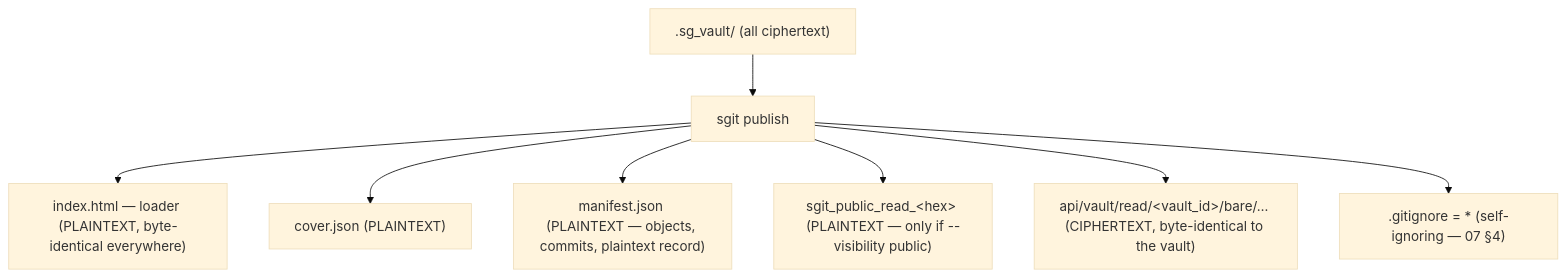
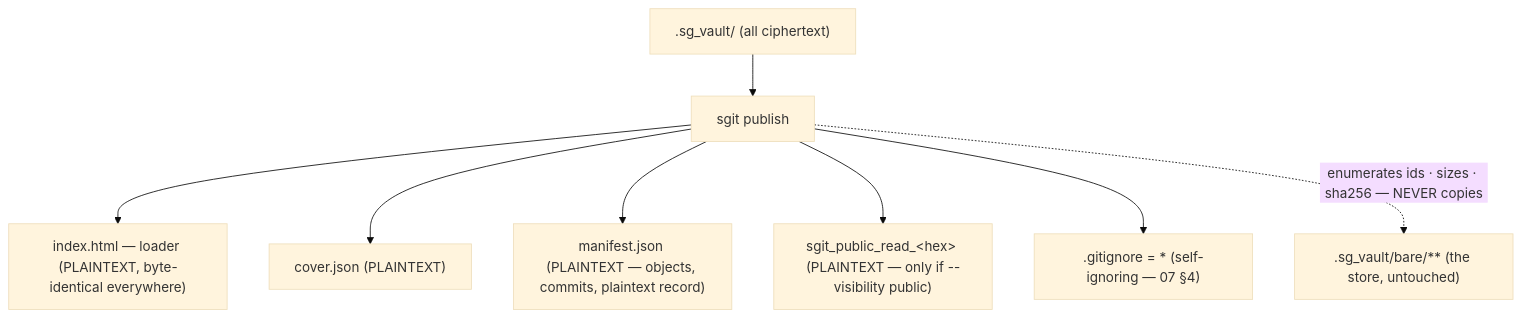
Before and after one commit to SGit-AI/SGit-AI__Website__NHI: the second of 3 diagrams in packs/static-publishing/src/01__architecture.md, drawn with Mermaid (base theme). The commit also changed other lines of this file and 83 other files, not shown here.

````diff
--- a/packs/static-publishing/src/01__architecture.md
+++ b/packs/static-publishing/src/01__architecture.md
@@ -66,10 +67,10 @@
 ```mermaid
 graph TD
   V[".sg_vault/  (all ciphertext)"] --> PUB["sgit publish"]
   PUB --> O1["index.html — loader (PLAINTEXT, byte-identical everywhere)"]
   PUB --> O2["cover.json (PLAINTEXT)"]
   PUB --> O3["manifest.json (PLAINTEXT — objects, commits, plaintext record)"]
   PUB --> O4["sgit_public_read_&lt;hex&gt; (PLAINTEXT — only if --visibility public)"]
-  PUB --> O5["api/vault/read/&lt;vault_id&gt;/bare/… (CIPHERTEXT, byte-identical to the vault)"]
   PUB --> O7[".gitignore = * (self-ignoring — 07 §4)"]
+  PUB -.->|"enumerates ids · sizes · sha256 — NEVER copies"| ST[".sg_vault/bare/** (the store, untouched)"]
 ```
````
